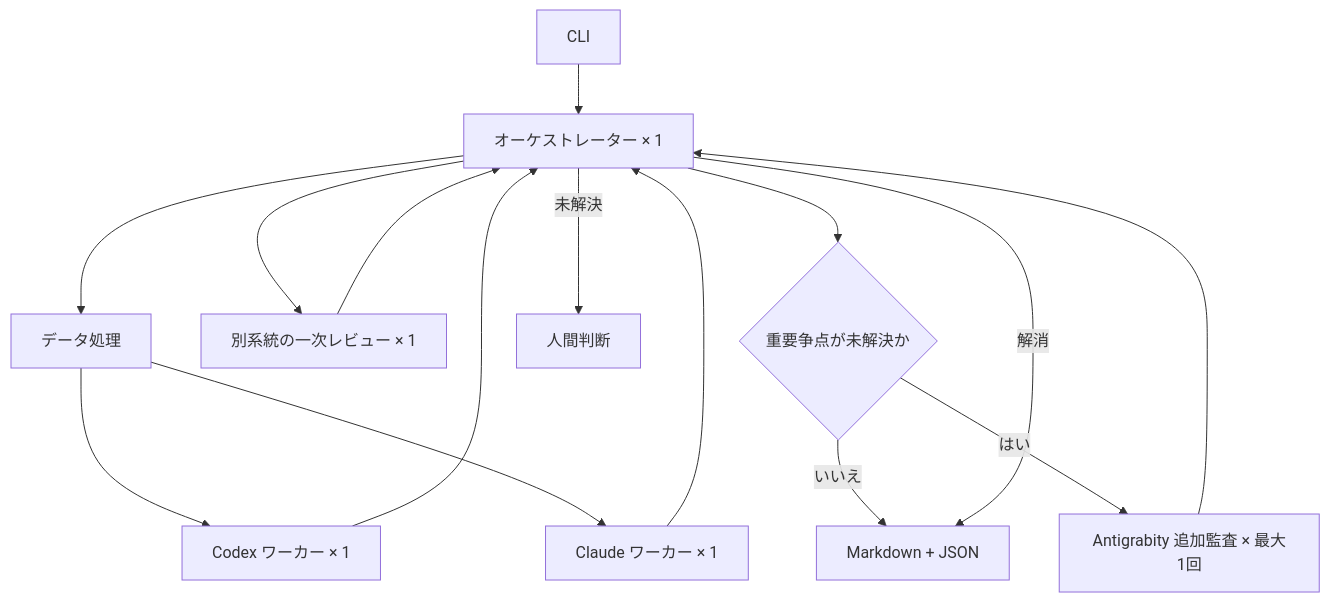
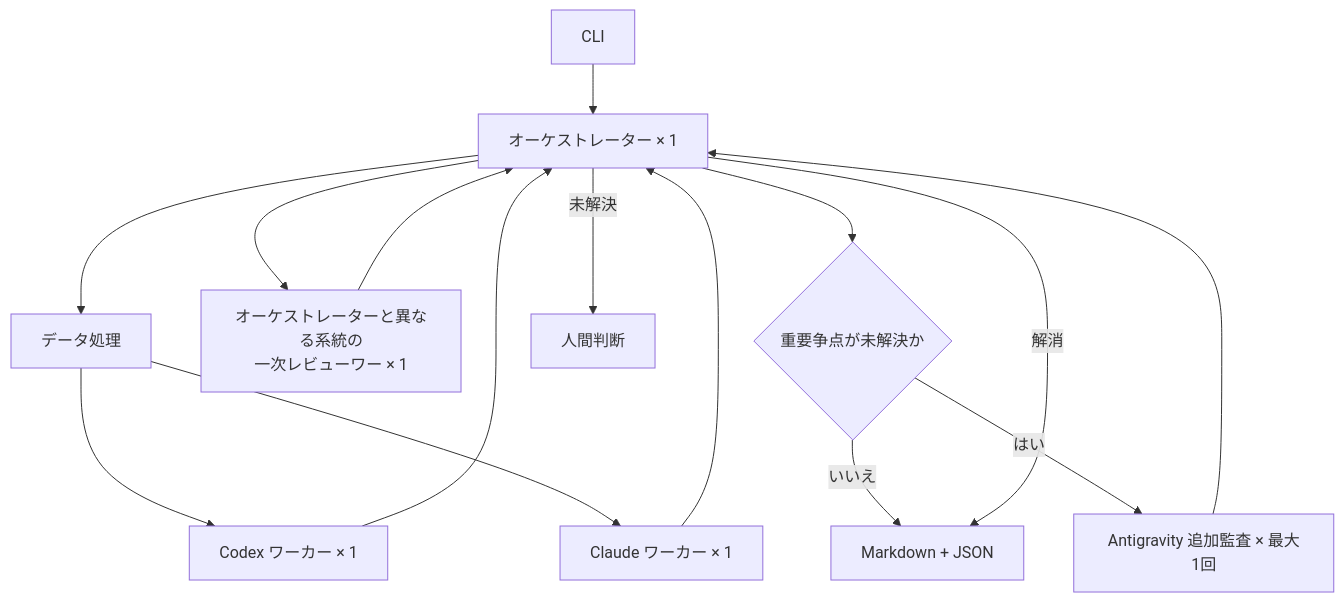
The seventh of 7 diagrams in docs/design/02-stock-research-system-architecture.md (toike08D17012/system-trade-with-llm-orchestrator), drawn with Mermaid before and after one commit. The commit also changed other lines of this file and 1 other file, not shown here.

Commit message:
docs: standardize Antigravity and reviewer policy

````diff
--- a/docs/design/02-stock-research-system-architecture.md
+++ b/docs/design/02-stock-research-system-architecture.md
@@ -912,28 +912,28 @@
 ```mermaid
 flowchart TB
     CLI["CLI"]
     O["オーケストレーター × 1"]
     D["データ処理"]
     C["Codex ワーカー × 1"]
     A["Claude ワーカー × 1"]
-    R["別系統の一次レビュー × 1"]
+    R["オーケストレーターと異なる系統の<br/>一次レビューワー × 1"]
     Q{"重要争点が未解決か"}
-    G["Antigrabity 追加監査 × 最大1回"]
+    G["Antigravity 追加監査 × 最大1回"]
     F["Markdown + JSON"]
     H["人間判断"]
 
     CLI --> O
     O --> D
     D --> C
     D --> A
     C --> O
     A --> O
     O --> R
     R --> O
     O --> Q
     Q -->|いいえ| F
     Q -->|はい| G
     G --> O
     O -->|解消| F
     O -->|未解決| H
 ```
````
